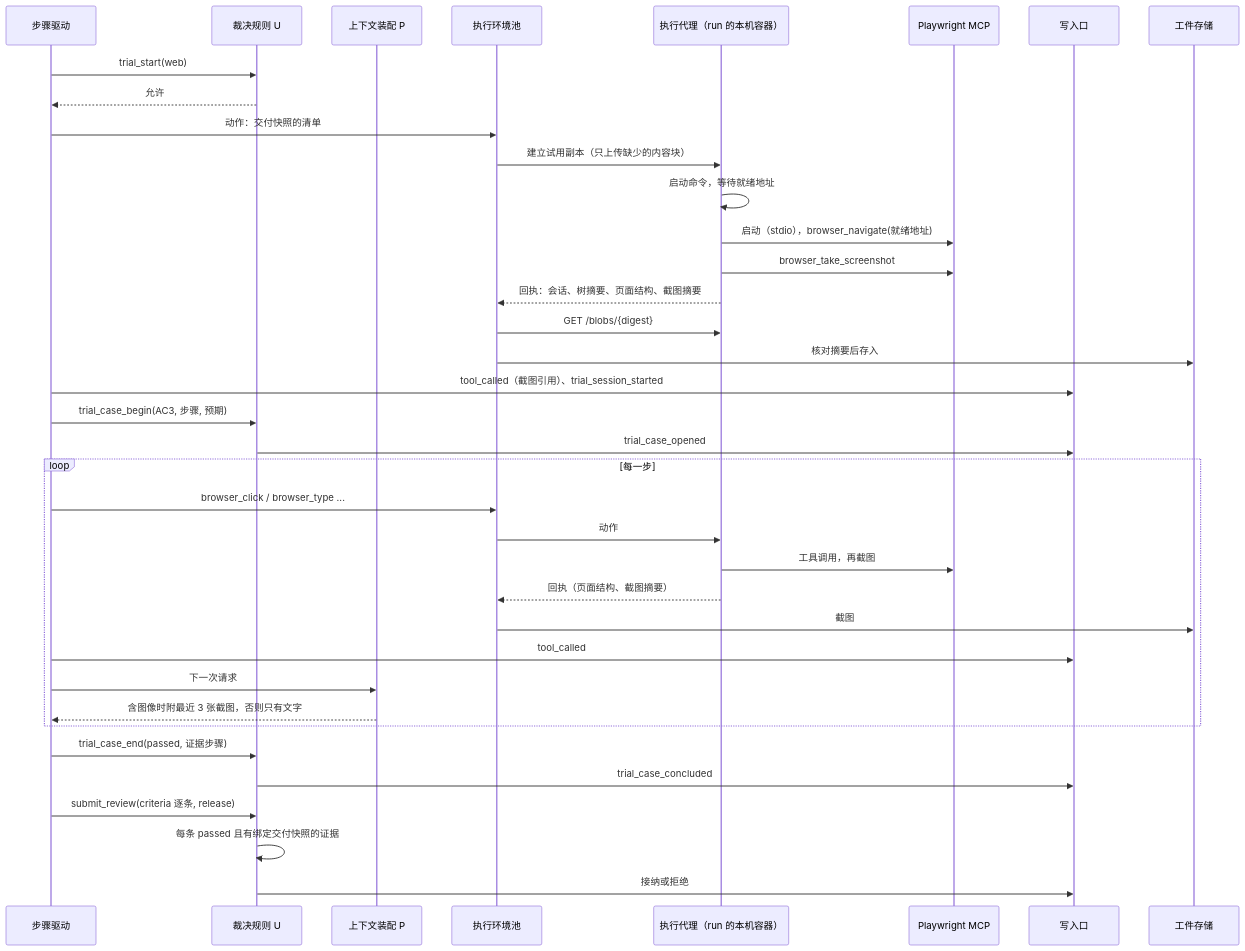
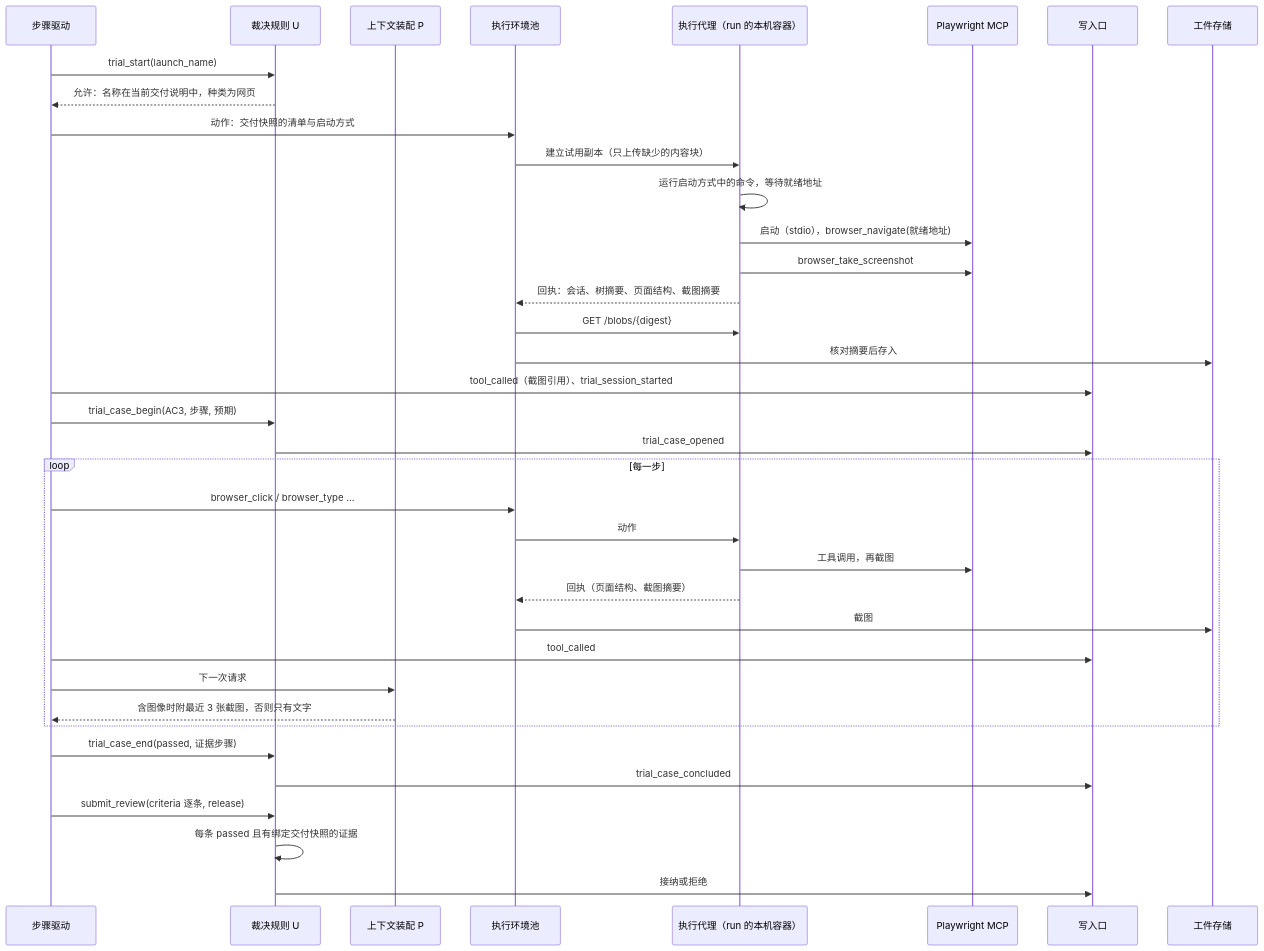
One commit to bender2333/yudao changed the third of 5 diagrams in docs/design/browser-and-computer-use.md. Above: the diagram before and after it, drawn with Mermaid. The commit also changed other lines of this file and 17 other files, not shown here.

````diff
--- a/docs/design/browser-and-computer-use.md
+++ b/docs/design/browser-and-computer-use.md
@@ -404,39 +417,39 @@
 ```mermaid
 sequenceDiagram
   participant S as 步骤驱动
   participant U as 裁决规则 U
   participant P as 上下文装配 P
   participant Pool as 执行环境池
   participant A as 执行代理（run 的本机容器）
   participant M as Playwright MCP
   participant W as 写入口
   participant Art as 工件存储
-  S->>U: trial_start(web)
-  U-->>S: 允许
-  S->>Pool: 动作：交付快照的清单
+  S->>U: trial_start(launch_name)
+  U-->>S: 允许：名称在当前交付说明中，种类为网页
+  S->>Pool: 动作：交付快照的清单与启动方式
   Pool->>A: 建立试用副本（只上传缺少的内容块）
-  A->>A: 启动命令，等待就绪地址
+  A->>A: 运行启动方式中的命令，等待就绪地址
   A->>M: 启动（stdio），browser_navigate(就绪地址)
   A->>M: browser_take_screenshot
   A-->>Pool: 回执：会话、树摘要、页面结构、截图摘要
   Pool->>A: GET /blobs/{digest}
   Pool->>Art: 核对摘要后存入
   S->>W: tool_called（截图引用）、trial_session_started
   S->>U: trial_case_begin(AC3, 步骤, 预期)
   U->>W: trial_case_opened
   loop 每一步
     S->>Pool: browser_click / browser_type ...
     Pool->>A: 动作
     A->>M: 工具调用，再截图
     A-->>Pool: 回执（页面结构、截图摘要）
     Pool->>Art: 截图
     S->>W: tool_called
     S->>P: 下一次请求
     P-->>S: 含图像时附最近 3 张截图，否则只有文字
   end
   S->>U: trial_case_end(passed, 证据步骤)
   U->>W: trial_case_concluded
   S->>U: submit_review(criteria 逐条, release)
   U->>U: 每条 passed 且有绑定交付快照的证据
   U->>W: 接纳或拒绝
 ```
````
